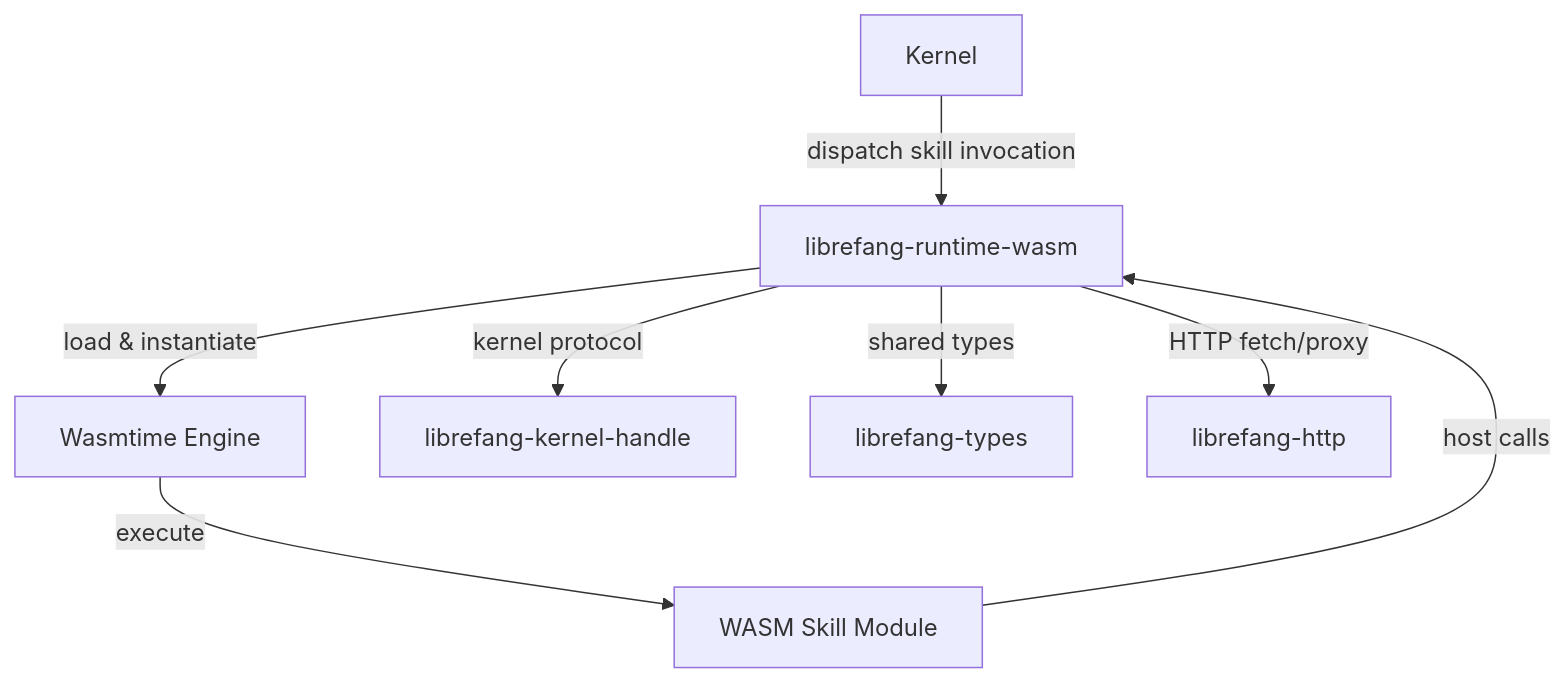
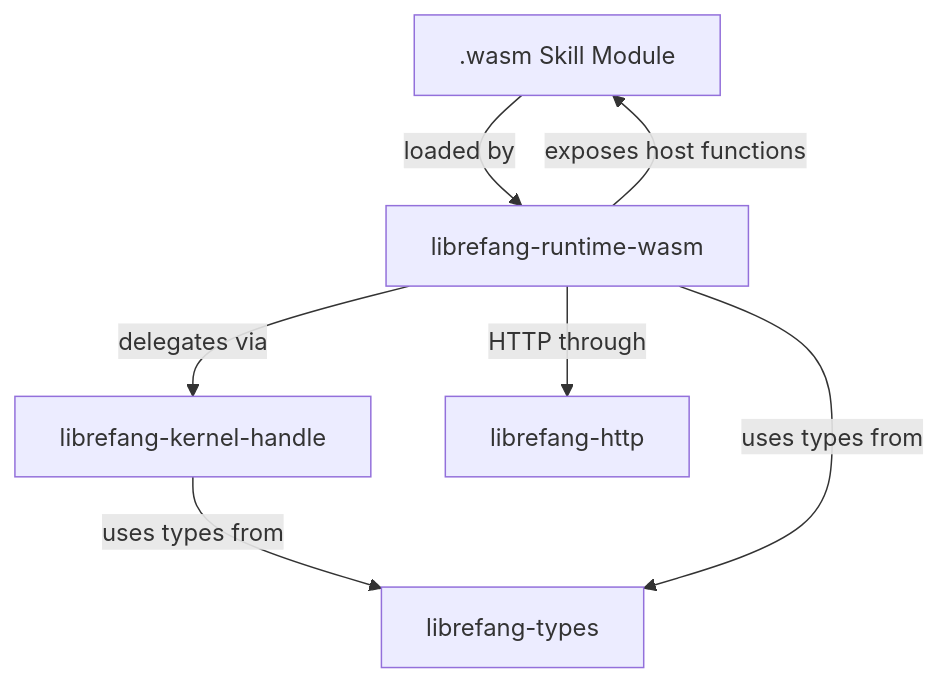
Before and after one commit to leszek3737/librefang-WIki: the diagram in other-librefang-runtime-wasm.md, drawn with Mermaid. The commit also changed other lines of this file and 118 other files, not shown here.

````diff
--- a/other-librefang-runtime-wasm.md
+++ b/other-librefang-runtime-wasm.md
@@ -33,10 +20,9 @@
 ```mermaid
 graph TD
-    A[Kernel] -->|dispatch skill invocation| B[librefang-runtime-wasm]
-    B -->|load & instantiate| C[Wasmtime Engine]
-    C -->|execute| D[WASM Skill Module]
-    D -->|host calls| B
-    B -->|kernel protocol| E[librefang-kernel-handle]
-    B -->|shared types| F[librefang-types]
-    B -->|HTTP fetch/proxy| G[librefang-http]
+    A[.wasm Skill Module] -->|loaded by| B[librefang-runtime-wasm]
+    B -->|exposes host functions| A
+    B -->|delegates via| C[librefang-kernel-handle]
+    B -->|HTTP through| D[librefang-http]
+    C -->|uses types from| E[librefang-types]
+    B -->|uses types from| E
 ```
````
